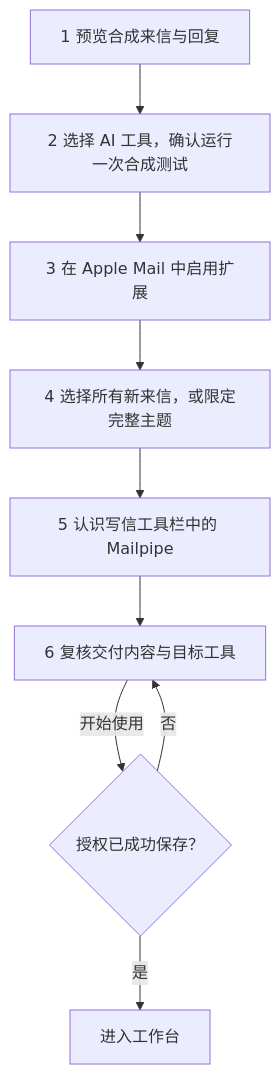
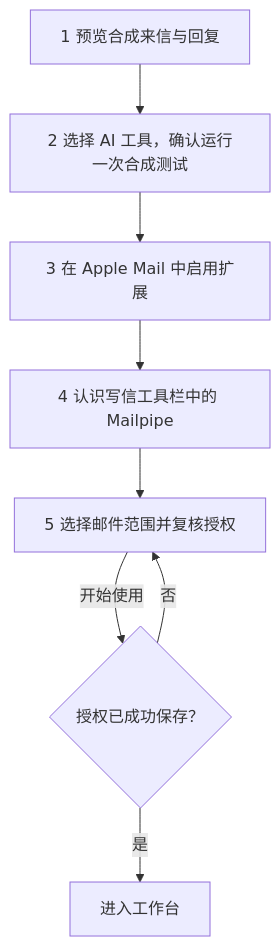
Before and after one commit to cobbcheng/Mailpipe: the diagram in docs/onboarding.md, drawn with Mermaid. The commit also changed other lines of this file and 8 other files, not shown here.

````diff
--- a/docs/onboarding.md
+++ b/docs/onboarding.md
@@ -99,11 +99,10 @@
 ```mermaid
 flowchart TD
   A["1 预览合成来信与回复"] --> B["2 选择 AI 工具，确认运行一次合成测试"]
   B --> C["3 在 Apple Mail 中启用扩展"]
-  C --> D["4 选择所有新来信，或限定完整主题"]
-  D --> T["5 认识写信工具栏中的 Mailpipe"]
-  T --> E["6 复核交付内容与目标工具"]
+  C --> T["4 认识写信工具栏中的 Mailpipe"]
+  T --> E["5 选择邮件范围并复核授权"]
   E -- "开始使用" --> F{"授权已成功保存？"}
   F -- "是" --> G["进入工作台"]
   F -- "否" --> E
 ```
````
